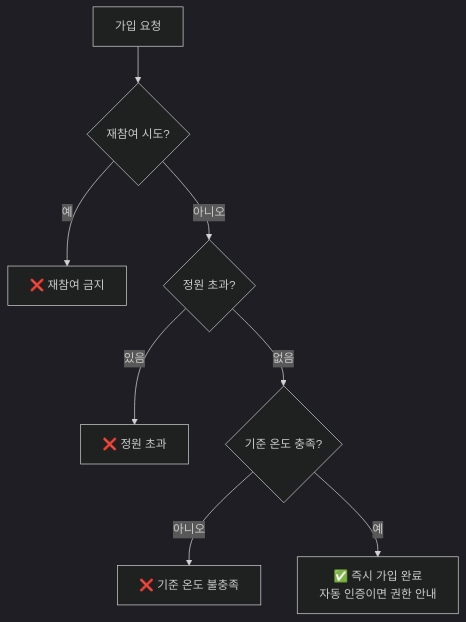
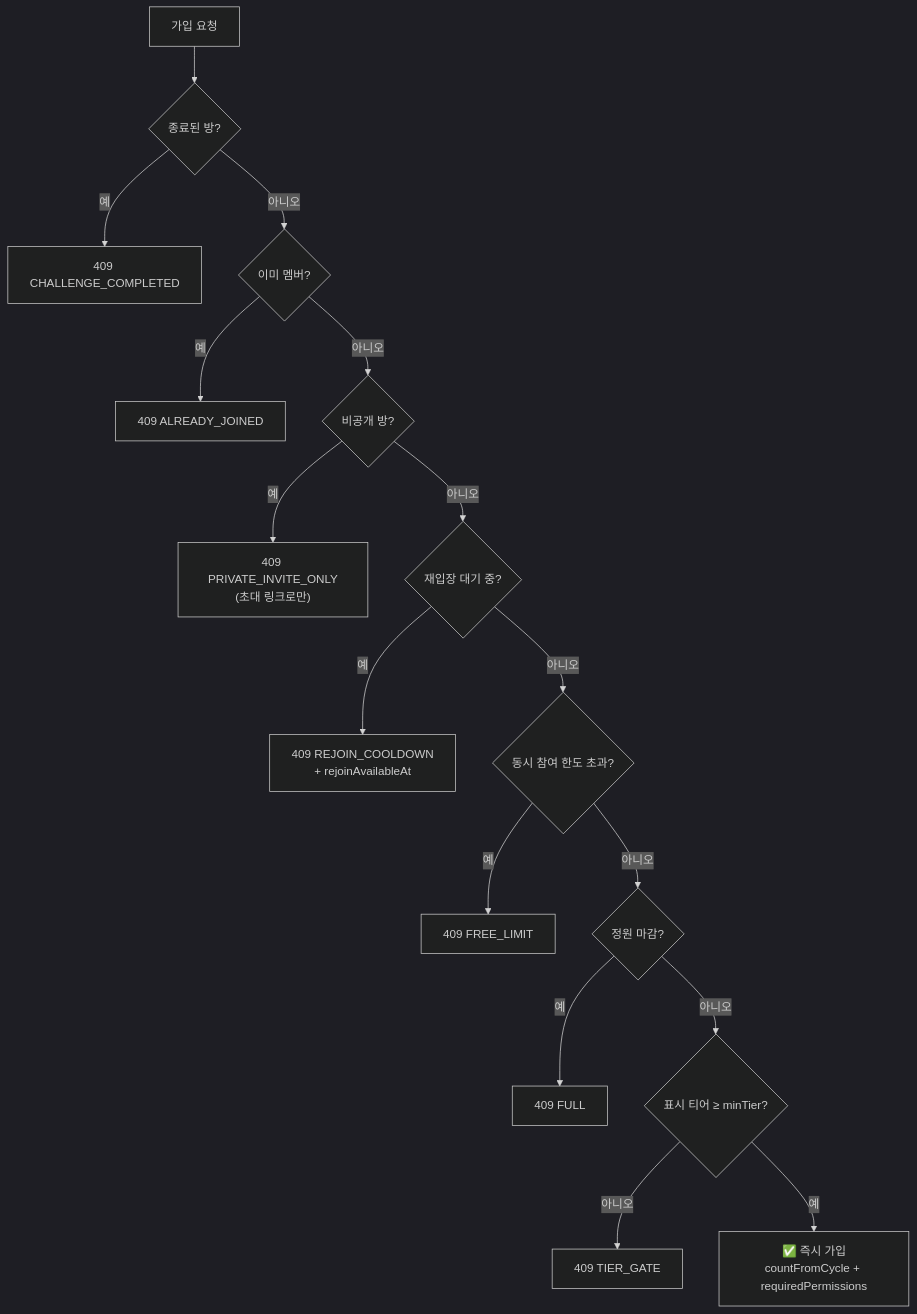
The third of 3 diagrams in docs/challenge/챌린지 생성 및 라이프사이클.md (RuleUp-ASM/Backend), drawn with Mermaid (dark theme) before and after one commit. The commit also changed other lines of this file and 7 other files, not shown here.

````diff
--- a/docs/challenge/챌린지 생성 및 라이프사이클.md
+++ b/docs/challenge/챌린지 생성 및 라이프사이클.md
@@ -242,10 +240,18 @@
 ```mermaid
 flowchart TD
-    J["가입 요청"] --> C1{"재참여 시도?"}
-    C1 -->|예| X1["❌ 재참여 금지"]
-    C1 -->|아니오| C2{"정원 초과?"}
-    C2 -->|있음| X2["❌ 정원 초과"]
-    C2 -->|없음| C3{"기준 온도 충족?"}
-    C3 -->|아니오| X3["❌ 기준 온도 불충족"]
-    C3 -->|예| OK["✅ 즉시 가입 완료<br/>자동 인증이면 권한 안내"]
+    J["가입 요청"] --> C1{"종료된 방?"}
+    C1 -->|예| X1["409 CHALLENGE_COMPLETED"]
+    C1 -->|아니오| C2{"이미 멤버?"}
+    C2 -->|예| X2["409 ALREADY_JOINED"]
+    C2 -->|아니오| C3{"비공개 방?"}
+    C3 -->|예| X3["409 PRIVATE_INVITE_ONLY<br/>(초대 링크로만)"]
+    C3 -->|아니오| C4{"재입장 대기 중?"}
+    C4 -->|예| X4["409 REJOIN_COOLDOWN<br/>+ rejoinAvailableAt"]
+    C4 -->|아니오| C5{"동시 참여 한도 초과?"}
+    C5 -->|예| X5["409 FREE_LIMIT"]
+    C5 -->|아니오| C6{"정원 마감?"}
+    C6 -->|예| X6["409 FULL"]
+    C6 -->|아니오| C7{"표시 티어 ≥ minTier?"}
+    C7 -->|아니오| X7["409 TIER_GATE"]
+    C7 -->|예| OK["✅ 즉시 가입<br/>countFromCycle + requiredPermissions"]
 ```
````
